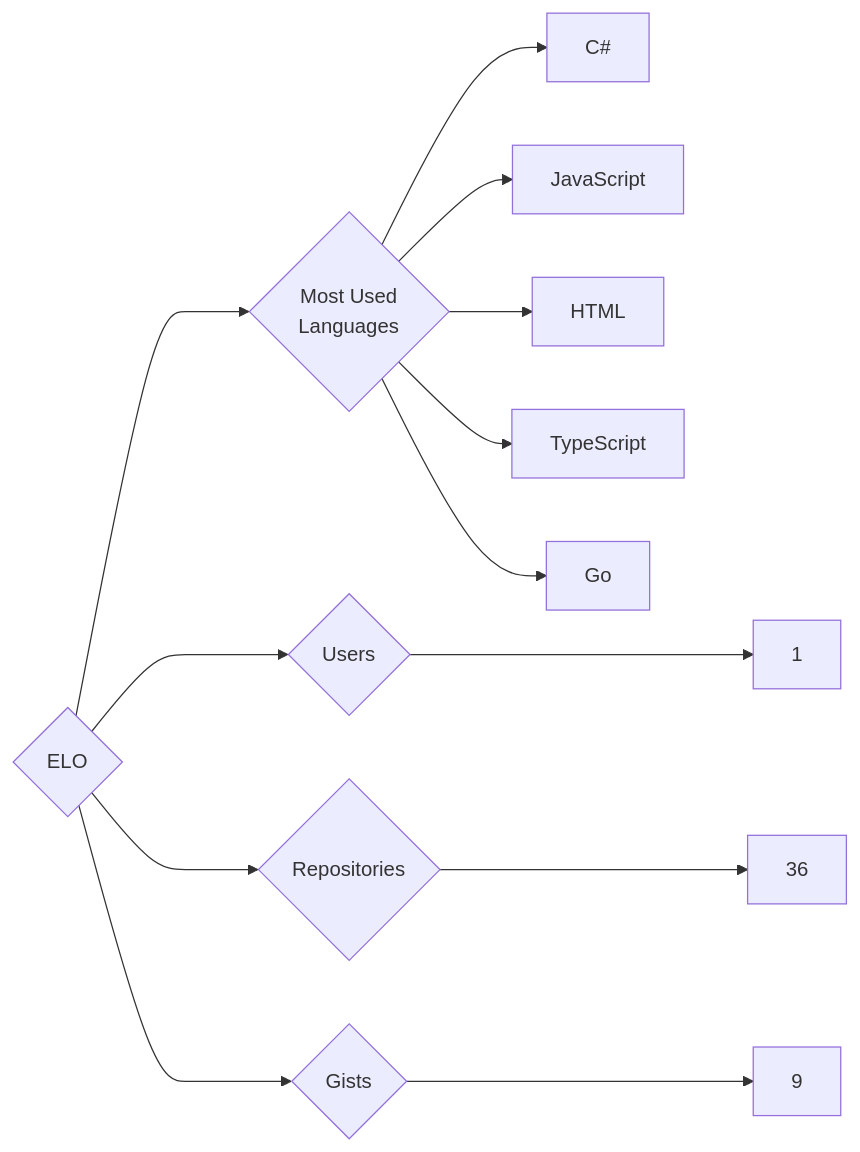
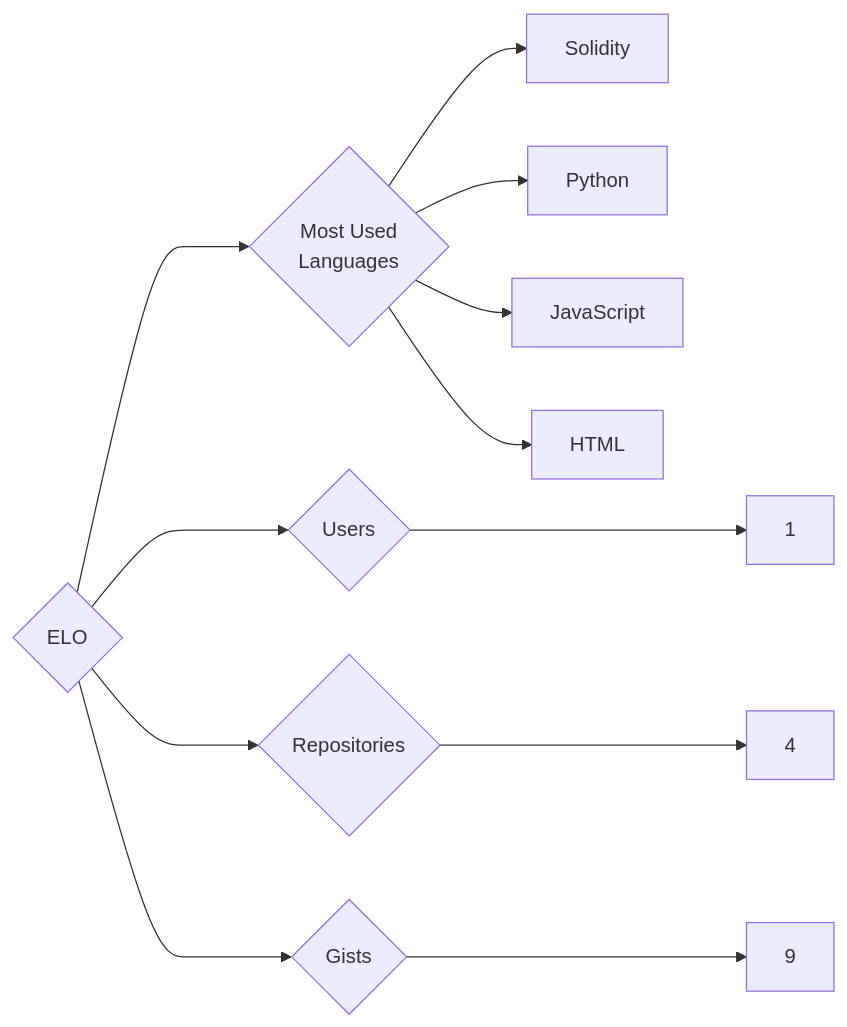
One commit to trickest/insiders changed the diagram in targets/ELO/README.md. Above: the diagram before and after it, drawn with Mermaid. The commit also changed 724 other files, not shown here.

````diff
--- a/targets/ELO/README.md
+++ b/targets/ELO/README.md
@@ -3,13 +3,12 @@
 ```mermaid
 graph LR
 COMPANY_NAME{ELO}
 COMPANY_NAME ---> U{Users} ---> UN[1]
-COMPANY_NAME ---> R{Repositories} ---> RN[36]
+COMPANY_NAME ---> R{Repositories} ---> RN[4]
 COMPANY_NAME ---> G{Gists} ---> GN[9]
 COMPANY_NAME ---> ML{Most Used<br>Languages}
-ML --> C#[C#]
+ML --> Solidity[Solidity]
+ML --> Python[Python]
 ML --> JavaScript[JavaScript]
 ML --> HTML[HTML]
-ML --> TypeScript[TypeScript]
-ML --> Go[Go]
 ```
````
